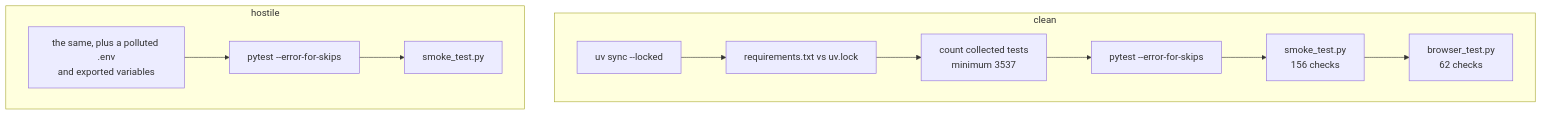
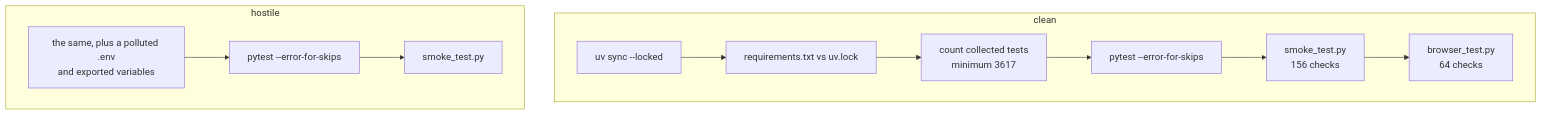
One commit to IAMN1/link-shortener changed the diagram in docs/testing.md. Above: the diagram before and after it, drawn with Mermaid. The commit also changed other lines of this file and 62 other files, not shown here.

````diff
--- a/docs/testing.md
+++ b/docs/testing.md
@@ -409,12 +409,12 @@
 ```mermaid
 flowchart TD
     subgraph clean["clean"]
         C1[uv sync --locked] --> C2[requirements.txt vs uv.lock]
-        C2 --> C3[count collected tests<br/>minimum 3537] --> C4[pytest --error-for-skips]
-        C4 --> C5[smoke_test.py<br/>156 checks] --> C6[browser_test.py<br/>62 checks]
+        C2 --> C3[count collected tests<br/>minimum 3617] --> C4[pytest --error-for-skips]
+        C4 --> C5[smoke_test.py<br/>156 checks] --> C6[browser_test.py<br/>64 checks]
     end
     subgraph hostile["hostile"]
         H1[the same, plus a polluted .env<br/>and exported variables] --> H2[pytest --error-for-skips]
         H2 --> H3[smoke_test.py]
     end
 ```
````
